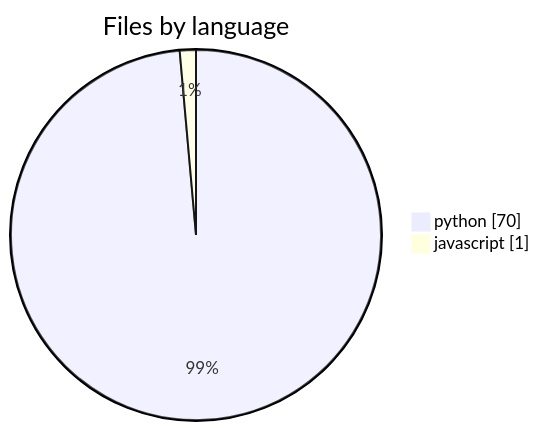
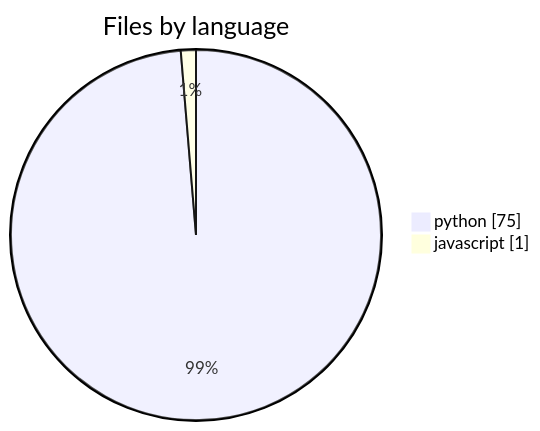
Before and after one commit to wolframs/jspace-probes: the fourth of 6 diagrams in .mentis/context/architecture.md, drawn with Mermaid. The commit also changed other lines of this file and 109 other files, not shown here.

````diff
--- a/.mentis/context/architecture.md
+++ b/.mentis/context/architecture.md
@@ -38,5 +38,5 @@
 ```mermaid
 pie showData title Files by language
-    "python" : 70
+    "python" : 75
     "javascript" : 1
 ```
````
